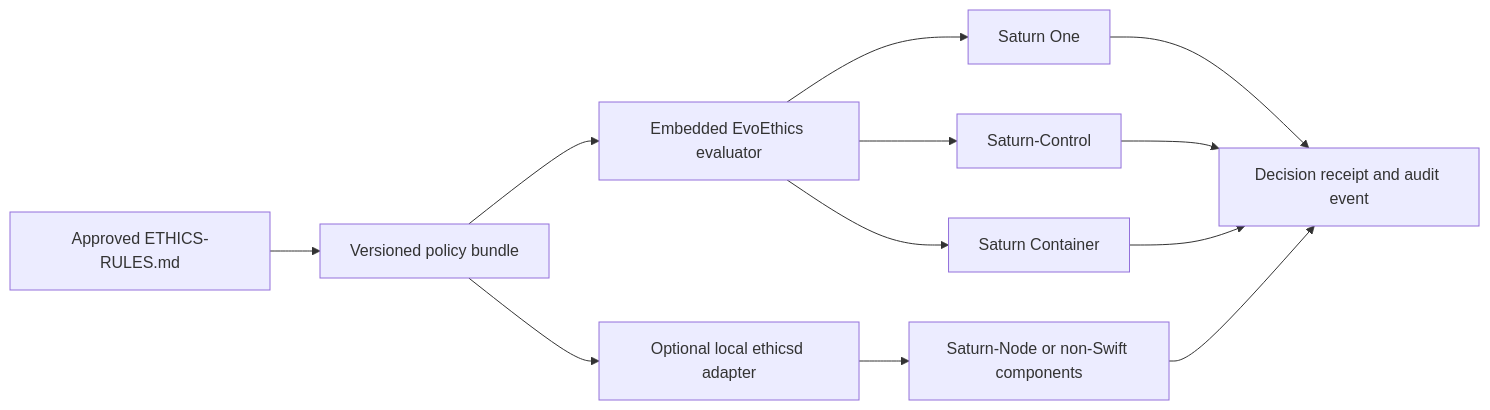
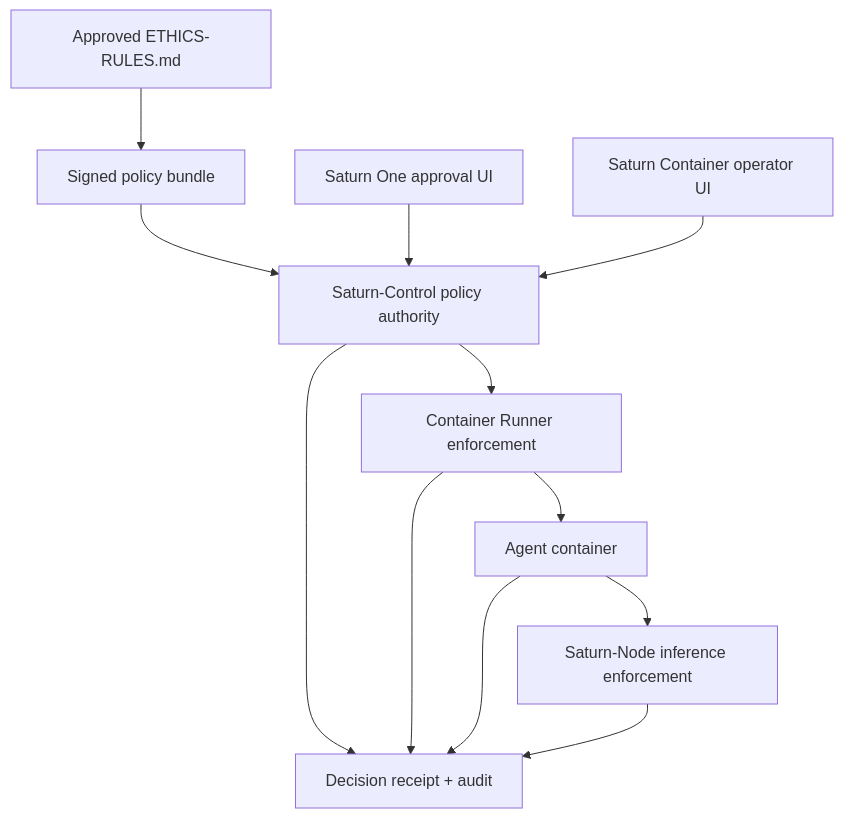
The diagram in README.md (EvoCortexAI/evo-ethics-framework), drawn with Mermaid before and after one commit. The commit also changed other lines of this file, not shown here.

Commit message:
Align EvoEthics with agent container runtime

````diff
--- a/README.md
+++ b/README.md
@@ -24,14 +24,14 @@
 ```mermaid
-flowchart LR
-    A[Approved ETHICS-RULES.md] --> B[Versioned policy bundle]
-    B --> C[Embedded EvoEthics evaluator]
-    B --> D[Optional local ethicsd adapter]
-    C --> E[Saturn One]
-    C --> F[Saturn-Control]
-    C --> G[Saturn Container]
-    D --> H[Saturn-Node or non-Swift components]
-    E --> I[Decision receipt and audit event]
-    F --> I
-    G --> I
-    H --> I
+flowchart TD
+    Policy["Approved ETHICS-RULES.md"] --> Bundle["Signed policy bundle"]
+    Bundle --> Control["Saturn-Control policy authority"]
+    Control --> Runner["Container Runner enforcement"]
+    Runner --> Agent["Agent container"]
+    Agent --> Node["Saturn-Node inference enforcement"]
+    Control --> Audit["Decision receipt + audit"]
+    Runner --> Audit
+    Agent --> Audit
+    Node --> Audit
+    One["Saturn One approval UI"] --> Control
+    Container["Saturn Container operator UI"] --> Control
 ```
````
